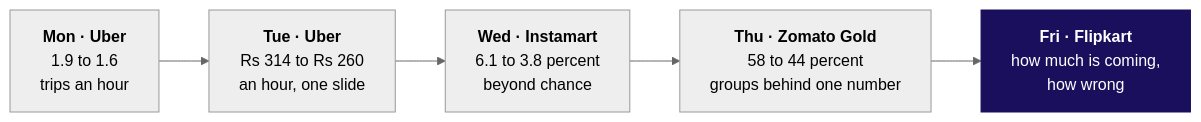
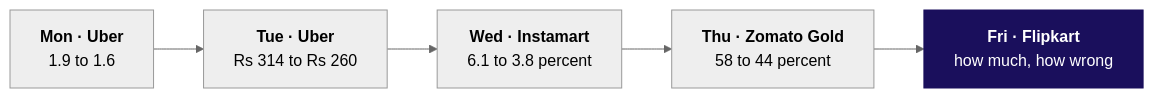
One commit to fde-academy-lab/c2-content-factory changed the diagram in content/W04/D5/study-notes/C2_W04_D05_notes_STUDENT.md. Above: the diagram before and after it, drawn with Mermaid (neutral theme). The commit also changed other lines of this file and 4 other files, not shown here.

````diff
--- a/content/W04/D5/study-notes/C2_W04_D05_notes_STUDENT.md
+++ b/content/W04/D5/study-notes/C2_W04_D05_notes_STUDENT.md
@@ -29,9 +28,9 @@
 ```mermaid
 flowchart LR
-    M["<b>Mon · Uber</b><br/>1.9 to 1.6<br/>trips an hour"] --> T["<b>Tue · Uber</b><br/>Rs 314 to Rs 260<br/>an hour, one slide"]
-    T --> W["<b>Wed · Instamart</b><br/>6.1 to 3.8 percent<br/>beyond chance"]
-    W --> H["<b>Thu · Zomato Gold</b><br/>58 to 44 percent<br/>groups behind one number"]
-    H --> F["<b>Fri · Flipkart</b><br/>how much is coming,<br/>how wrong"]
+    M["<b>Mon · Uber</b><br/>1.9 to 1.6"] --> T["<b>Tue · Uber</b><br/>Rs 314 to Rs 260"]
+    T --> W["<b>Wed · Instamart</b><br/>6.1 to 3.8 percent"]
+    W --> H["<b>Thu · Zomato Gold</b><br/>58 to 44 percent"]
+    H --> F["<b>Fri · Flipkart</b><br/>how much, how wrong"]
     classDef lit fill:#1A0F5C,stroke:#1A0F5C,color:#FFFFFF
     class F lit
 ```
````
